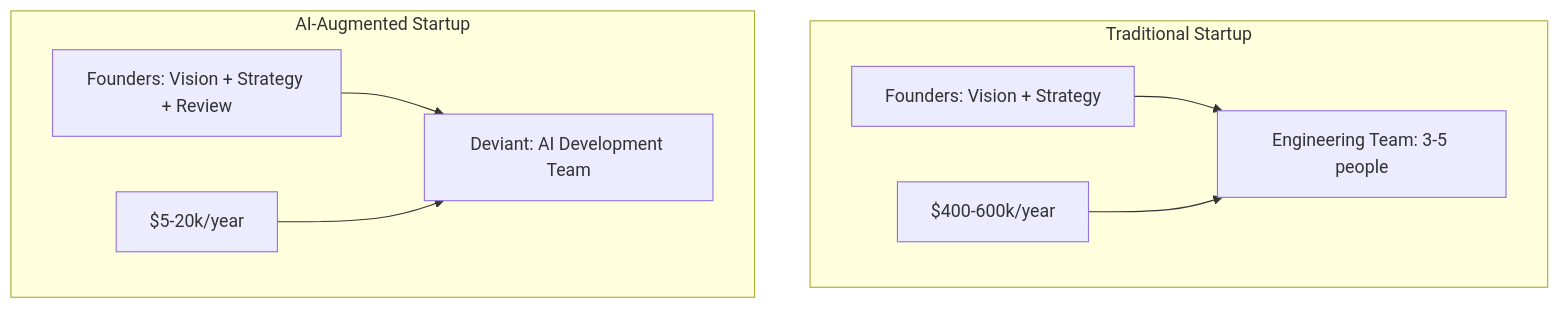
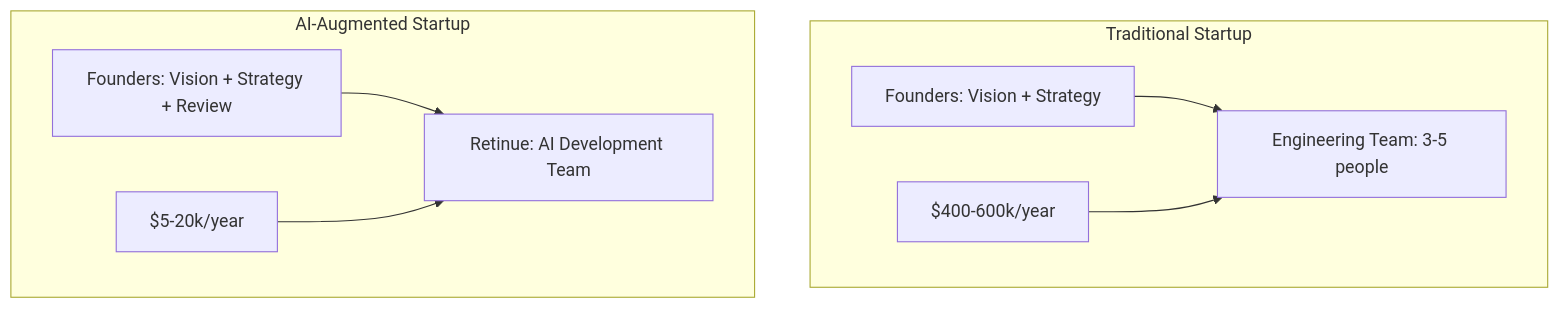
Before and after one commit to nicanor-korir/retinue: the diagram in docs/articles/3-use-cases/03-for-startups.md, drawn with Mermaid. The commit also changed other lines of this file and 128 other files, not shown here.

First line of the commit message:
feat(rebrand): rename Deviant/AgentGo to Retinue, rewrite docs, add shared-VPS deploy

````diff
--- a/docs/articles/3-use-cases/03-for-startups.md
+++ b/docs/articles/3-use-cases/03-for-startups.md
@@ -33,20 +33,20 @@
 ```mermaid
 flowchart TB
     subgraph "Traditional Startup"
         Founders[Founders: Vision + Strategy]
         EngTeam[Engineering Team: 3-5 people]
         Money[$400-600k/year]
 
         Founders --> EngTeam
         Money --> EngTeam
     end
 
     subgraph "AI-Augmented Startup"
         Founders2[Founders: Vision + Strategy + Review]
-        Deviant[Deviant: AI Development Team]
+        Retinue[Retinue: AI Development Team]
         Money2[$5-20k/year]
 
-        Founders2 --> Deviant
-        Money2 --> Deviant
+        Founders2 --> Retinue
+        Money2 --> Retinue
     end
 ```
````
